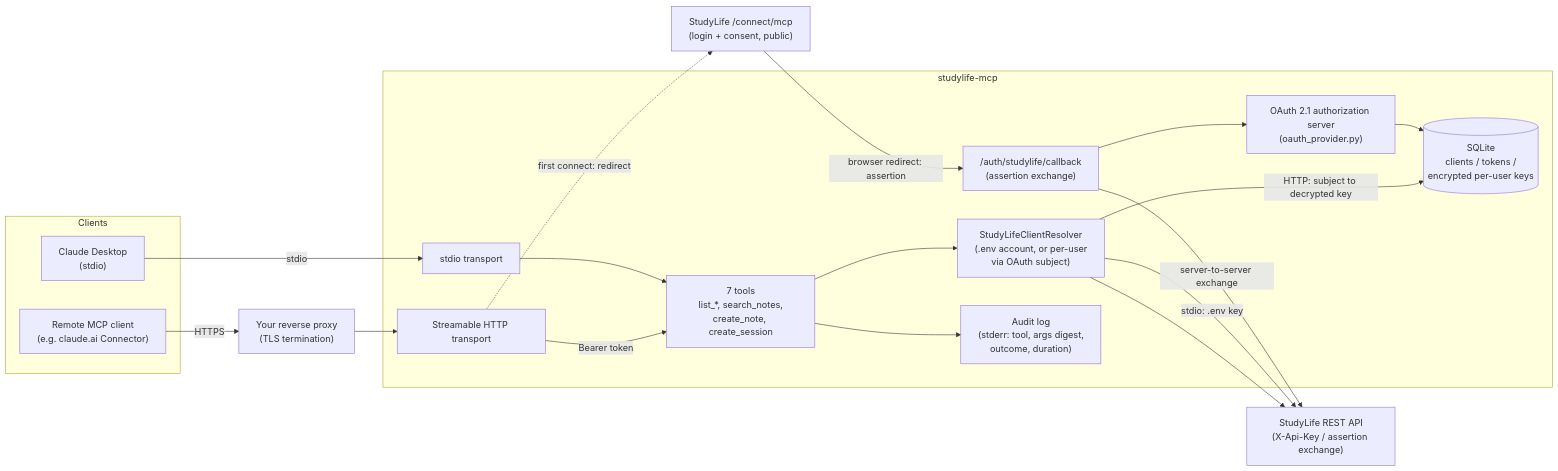
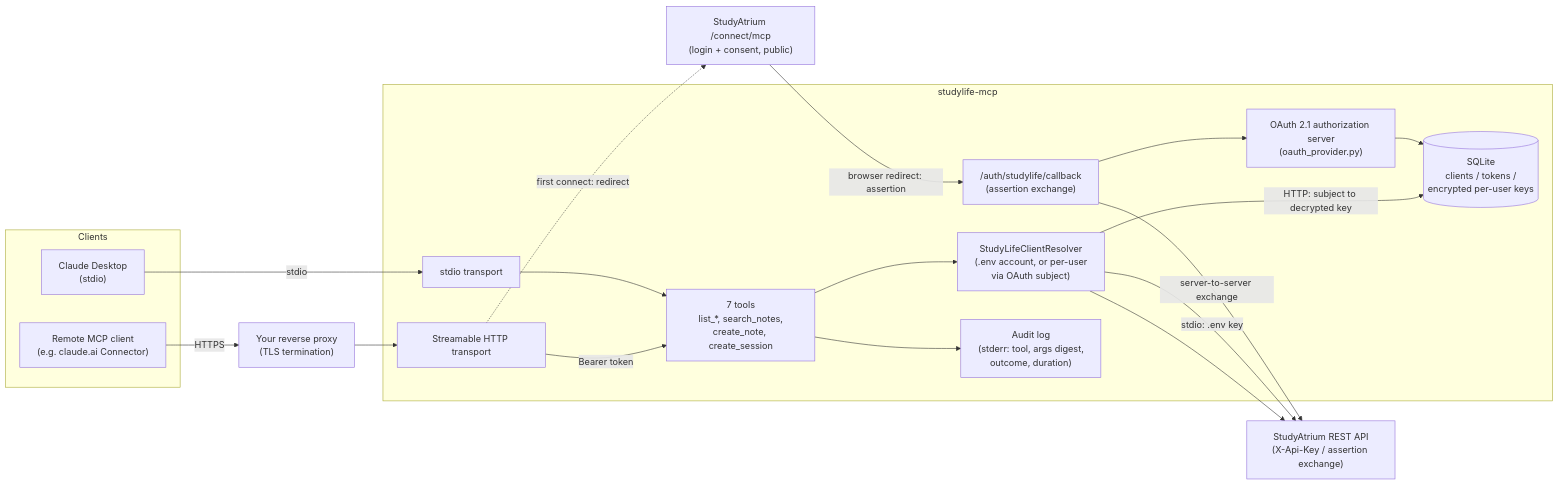
One commit to lukislp/studylife-mcp changed the diagram in README.md. Above: the diagram before and after it, drawn with Mermaid. The commit also changed other lines of this file and 13 other files, not shown here.

Commit message:
fix(brand): rename the public product name to StudyAtrium (#243)

````diff
--- a/README.md
+++ b/README.md
@@ -58,39 +60,39 @@
 ```mermaid
 flowchart LR
     subgraph Clients
         Desktop["Claude Desktop\n(stdio)"]
         Remote["Remote MCP client\n(e.g. claude.ai Connector)"]
     end
 
     Proxy["Your reverse proxy\n(TLS termination)"]
 
     subgraph MCP["studylife-mcp"]
         StdioT["stdio transport"]
         HttpT["Streamable HTTP transport"]
         AS["OAuth 2.1 authorization server\n(oauth_provider.py)"]
         Callback["/auth/studylife/callback\n(assertion exchange)"]
         OAuthDB[("SQLite\nclients / tokens /\nencrypted per-user keys")]
         Resolver["StudyLifeClientResolver\n(.env account, or per-user\nvia OAuth subject)"]
         Tools["7 tools\nlist_*, search_notes,\ncreate_note, create_session"]
         Audit["Audit log\n(stderr: tool, args digest,\noutcome, duration)"]
     end
 
-    StudyLifeConnect["StudyLife /connect/mcp\n(login + consent, public)"]
-    StudyLifeAPI["StudyLife REST API\n(X-Api-Key / assertion exchange)"]
+    StudyLifeConnect["StudyAtrium /connect/mcp\n(login + consent, public)"]
+    StudyLifeAPI["StudyAtrium REST API\n(X-Api-Key / assertion exchange)"]
 
     Desktop -- stdio --> StdioT
     Remote -- HTTPS --> Proxy
     Proxy --> HttpT
     HttpT -. "first connect: redirect" .-> StudyLifeConnect
     StudyLifeConnect -- "browser redirect: assertion" --> Callback
     Callback -- "server-to-server exchange" --> StudyLifeAPI
     Callback --> AS
     AS --> OAuthDB
     StdioT --> Tools
     HttpT -- Bearer token --> Tools
     Tools --> Resolver
     Resolver -- "stdio: .env key" --> StudyLifeAPI
     Resolver -- "HTTP: subject to decrypted key" --> OAuthDB
     Resolver --> StudyLifeAPI
     Tools --> Audit
 ```
````
